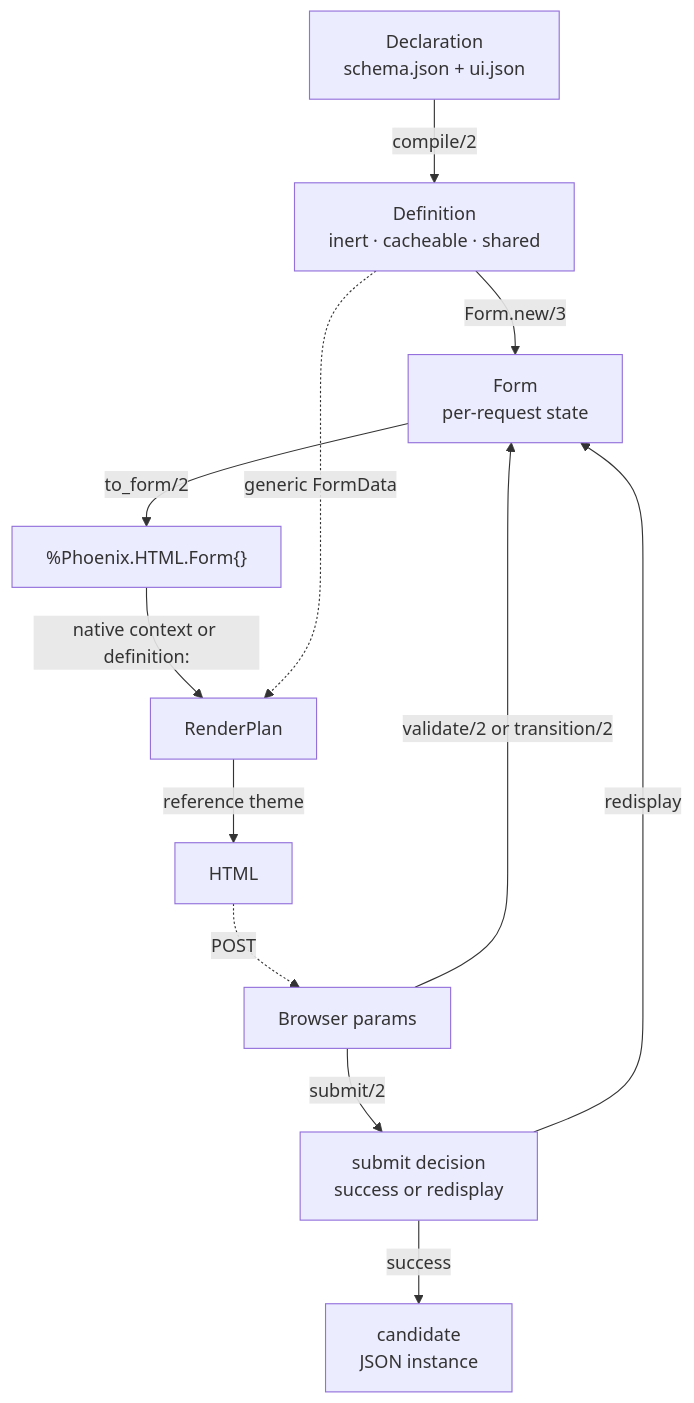
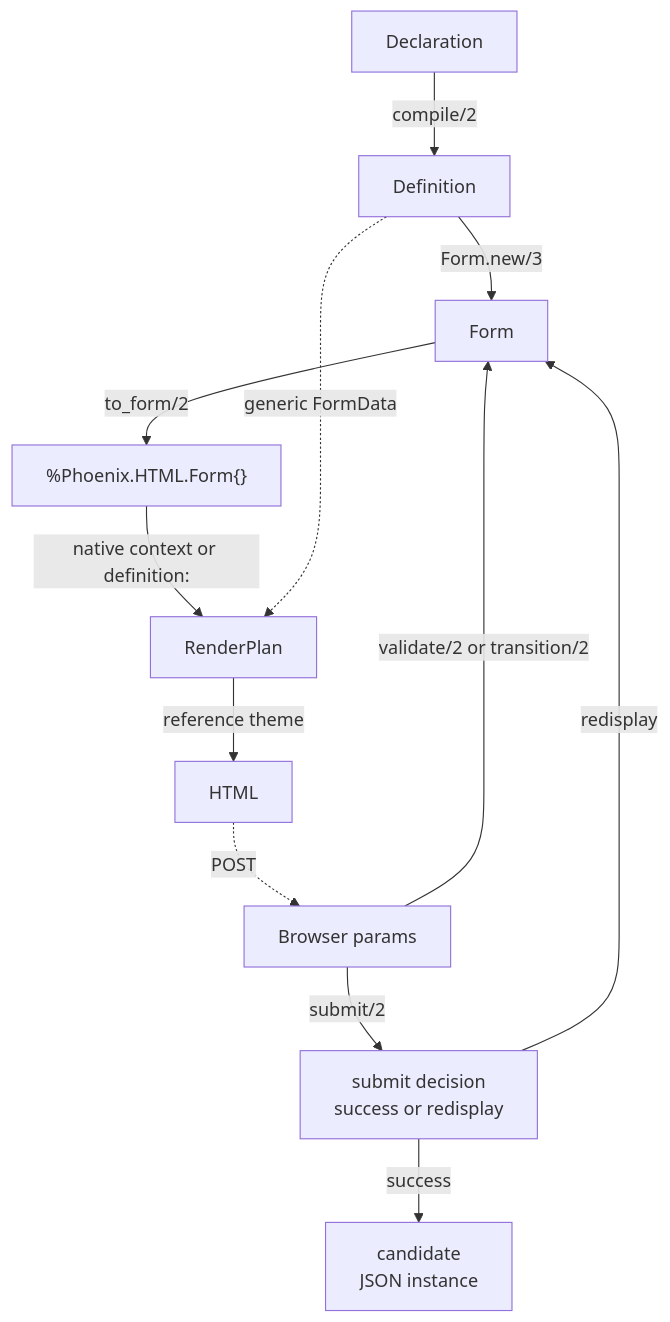
One commit to kioopi/formentation changed the diagram in docs/Formentation/Techdocs/end-to-end-data-flow.md. Above: the diagram before and after it, drawn with Mermaid.

Commit message:
Readability fixes in diagram in Techdocs/end-to-end-data-flow.md

````diff
--- a/docs/Formentation/Techdocs/end-to-end-data-flow.md
+++ b/docs/Formentation/Techdocs/end-to-end-data-flow.md
@@ -29,26 +29,26 @@
 ```mermaid
 flowchart TD
-    Decl["Declaration<br/>schema.json + ui.json"]
-    Def["Definition<br/>inert · cacheable · shared"]
-    State["Form<br/>per-request state"]
+    Decl["Declaration"]
+    Def["Definition"]
+    State["Form"]
     PForm["%Phoenix.HTML.Form{}"]
     Plan["RenderPlan"]
     HTML["HTML"]
     Params["Browser params"]
     Decision["submit decision<br/>success or redisplay"]
     Cand["candidate<br/>JSON instance"]
 
     Decl -->|"compile/2"| Def
     Def -->|"Form.new/3"| State
     State -->|"to_form/2"| PForm
     PForm -->|"native context or definition:"| Plan
     Def -.->|"generic FormData"| Plan
     Plan -->|"reference theme"| HTML
     HTML -.->|"POST"| Params
     Params -->|"validate/2 or transition/2"| State
     Params -->|"submit/2"| Decision
     Decision -->|"success"| Cand
     Decision -->|"redisplay"| State
 
     class Def,State,Plan internal-link
 ```
````
